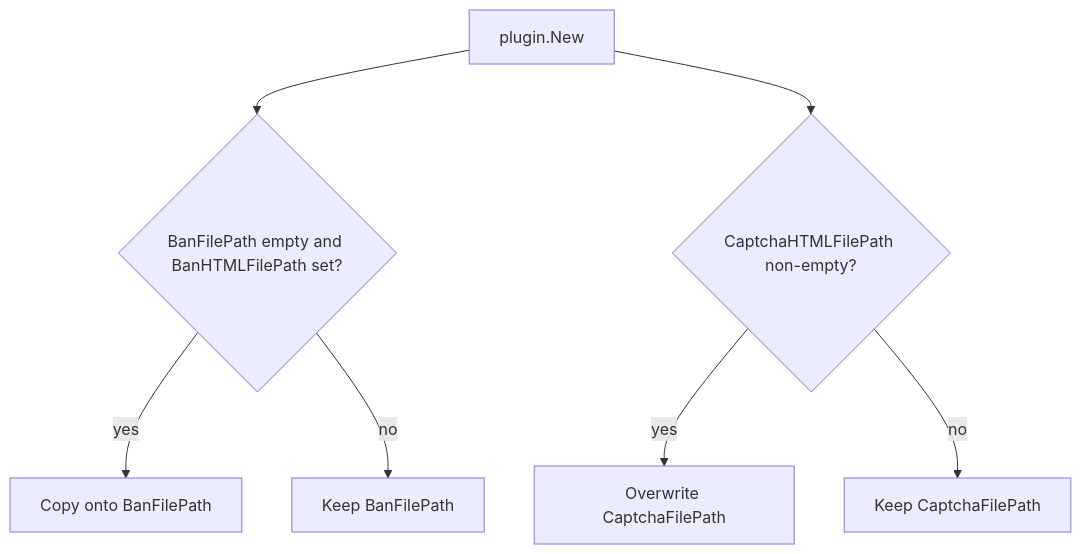
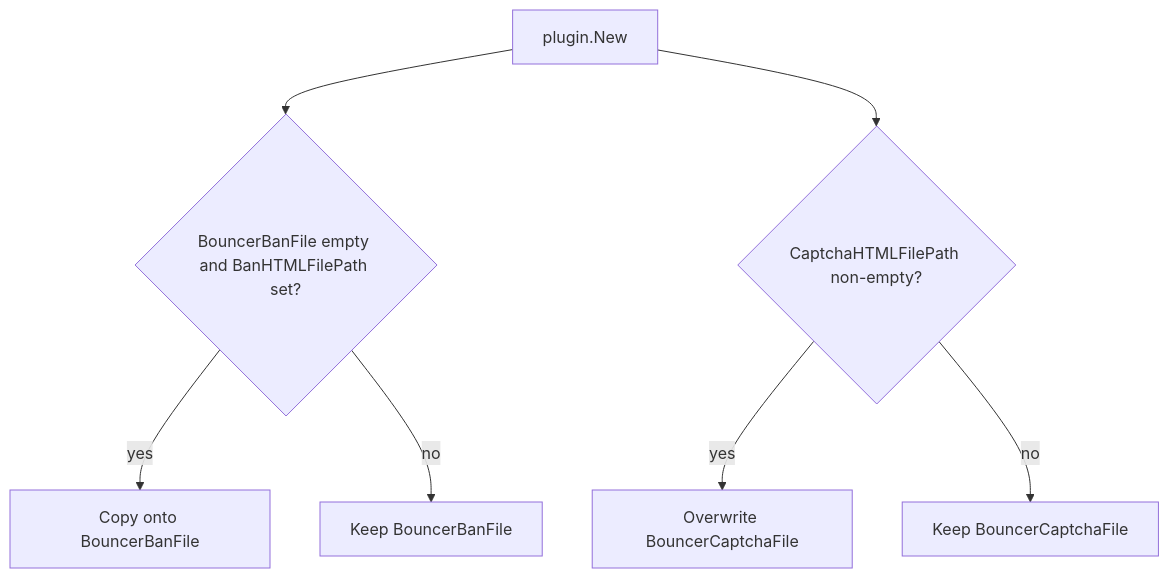
The diagram in devstate/2026/09/2026-09-18-remove-html-filepath-deprecations/card.md (david-garcia-garcia/crowdsec-bouncer-traefik-plugin), drawn with Mermaid before and after one commit. The commit also changed other lines of this file and 344 other files, not shown here.

````diff
--- a/devstate/2026/09/2026-09-18-remove-html-filepath-deprecations/card.md
+++ b/devstate/2026/09/2026-09-18-remove-html-filepath-deprecations/card.md
@@ -19,10 +19,10 @@
 ```mermaid
 flowchart TD
   New[plugin.New]
-  New --> Ban{BanFilePath empty and BanHTMLFilePath set?}
-  Ban -->|yes| CopyBan[Copy onto BanFilePath]
-  Ban -->|no| KeepBan[Keep BanFilePath]
+  New --> Ban{BouncerBanFile empty and BanHTMLFilePath set?}
+  Ban -->|yes| CopyBan[Copy onto BouncerBanFile]
+  Ban -->|no| KeepBan[Keep BouncerBanFile]
   New --> Cap{CaptchaHTMLFilePath non-empty?}
-  Cap -->|yes| Overwrite[Overwrite CaptchaFilePath]
-  Cap -->|no| KeepCap[Keep CaptchaFilePath]
+  Cap -->|yes| Overwrite[Overwrite BouncerCaptchaFile]
+  Cap -->|no| KeepCap[Keep BouncerCaptchaFile]
 ```
````
